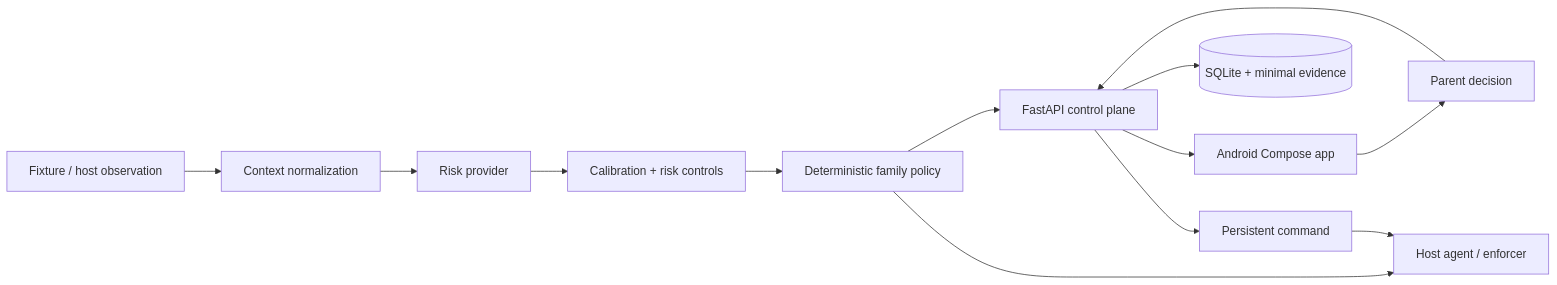
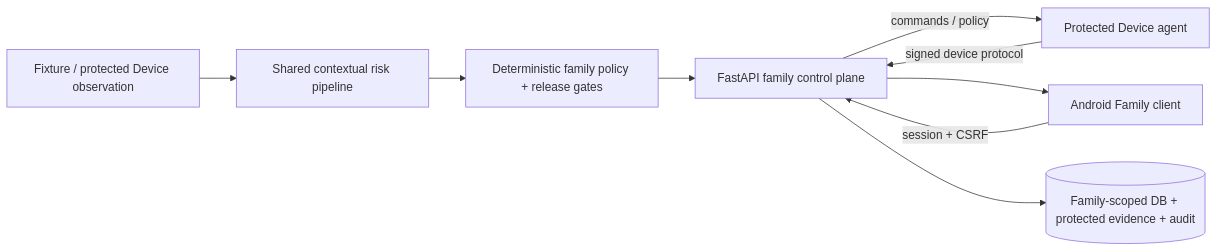
One commit to luqhe/Hackaton-OpenAI-2026 changed the diagram in README.md. Above: the diagram before and after it, drawn with Mermaid. The commit also changed other lines of this file, not shown here.

Commit message:
Rebuild mobile README for R2 family security model

````diff
--- a/README.md
+++ b/README.md
@@ -16,17 +16,14 @@
 ```mermaid
 flowchart LR
-    INPUT["Fixture / host observation"] --> CTX["Context normalization"]
-    CTX --> RISK["Risk provider"]
-    RISK --> CAL["Calibration + risk controls"]
-    CAL --> POLICY["Deterministic family policy"]
-    POLICY --> API["FastAPI control plane"]
-    POLICY --> HOST["Host agent / enforcer"]
+    INPUT["Fixture / protected Device observation"] --> RISK["Shared contextual risk pipeline"]
+    RISK --> POLICY["Deterministic family policy + release gates"]
+    POLICY --> API["FastAPI family control plane"]
 
-    API --> ANDROID["Android Compose app"]
-    ANDROID --> DECISION["Parent decision"]
-    DECISION --> API
+    DEVICE["Protected Device agent"] -->|signed device protocol| API
+    API -->|commands / policy| DEVICE
 
-    API --> DB[("SQLite + minimal evidence")]
-    API --> CMD["Persistent command"]
-    CMD --> HOST
+    ANDROID["Android Family client"] -->|session + CSRF| API
+    API --> ANDROID
+
+    API --> DATA[("Family-scoped DB + protected evidence + audit")]
 ```
````
